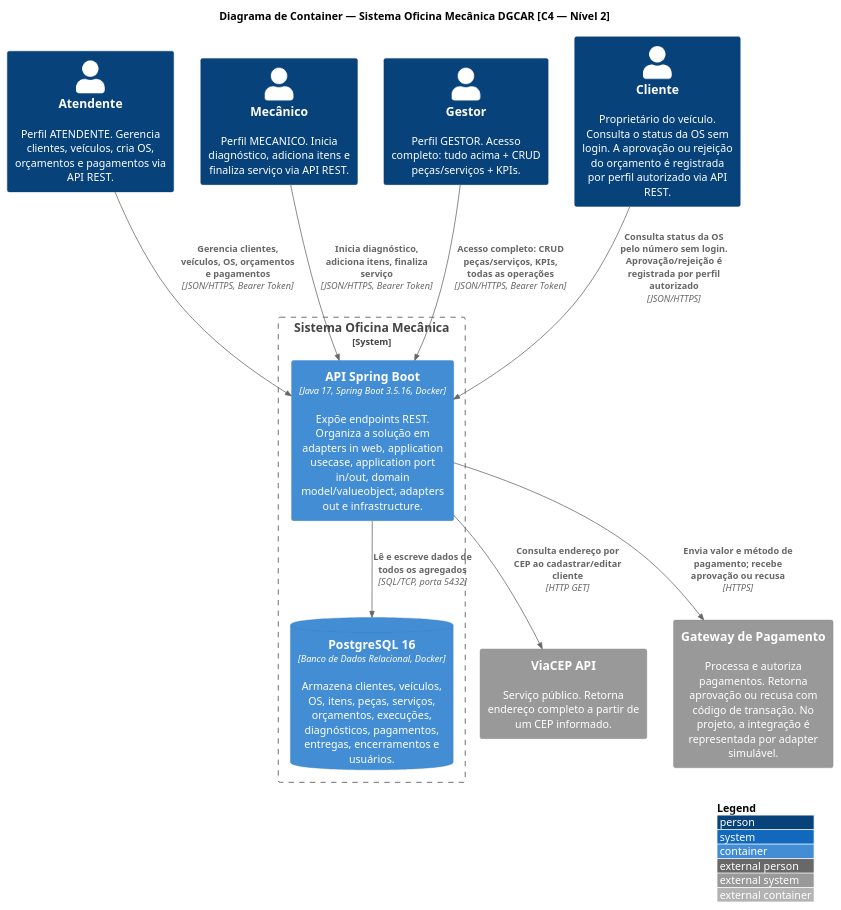
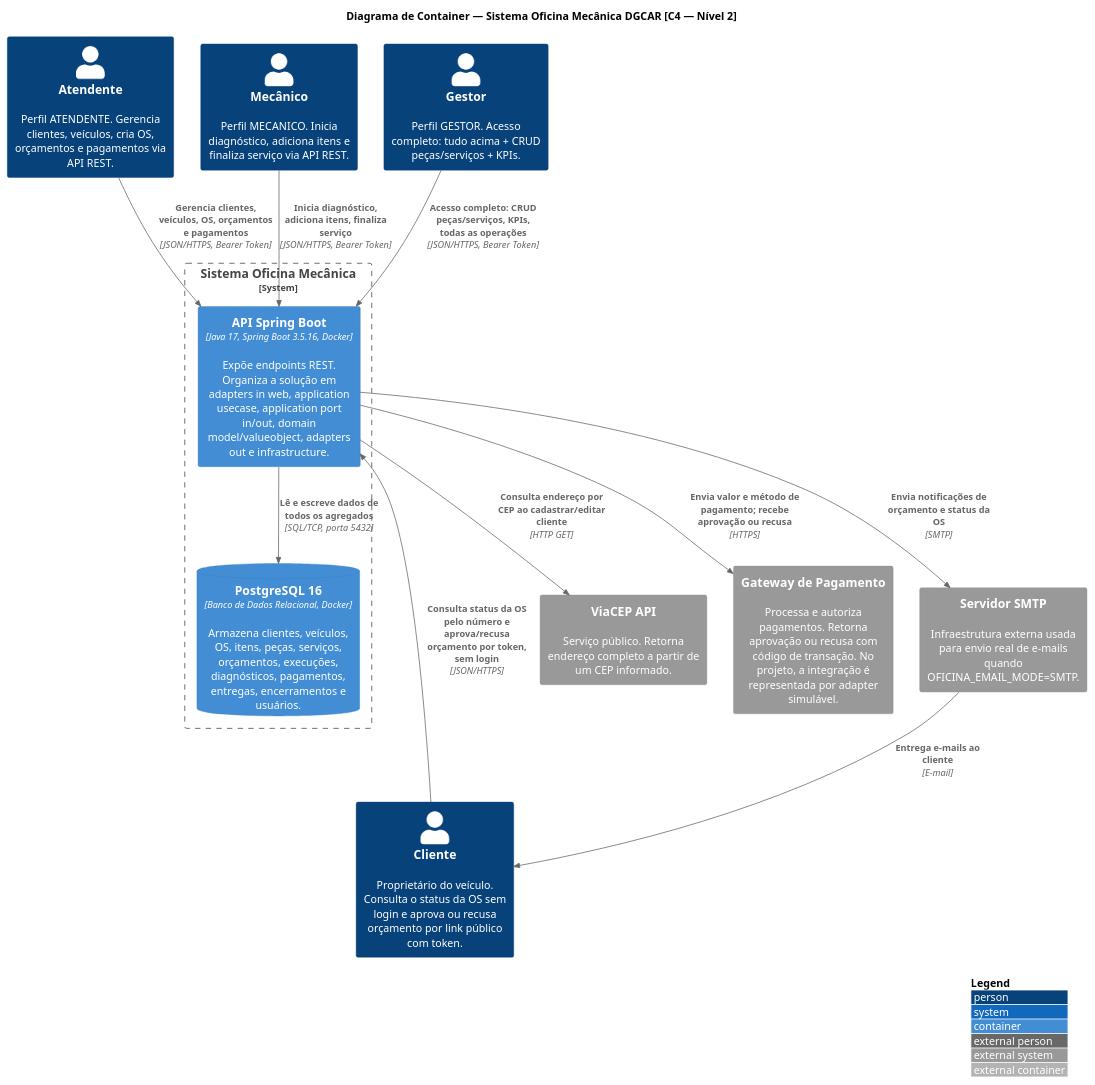
One commit to techdgconsulting/mvp-posfiap-oficina-mecanica changed the diagram in docs/diagramas/C4/2-diagram-container.puml. Above: the diagram before and after it, drawn with PlantUML. The commit also changed 35 other files, not shown here.

```diff
--- a/docs/diagramas/C4/2-diagram-container.puml
+++ b/docs/diagramas/C4/2-diagram-container.puml
@@ -1,44 +1,47 @@
 @startuml C4_Container_OficinaMecanica
 !include <C4/C4_Container>
 
 LAYOUT_TOP_DOWN()
 LAYOUT_WITH_LEGEND()
 
 title Diagrama de Container — Sistema Oficina Mecânica DGCAR [C4 — Nível 2]
 
 ' ─── OBJETIVOS ────────────────────────────────────────────────────────
 'Visão dos principais blocos de construção do sistema (APIs, DB, etc).
 
 ' ─── USO ──────────────────────────────────────────────────────────────
 'Facilita a compreensão de dependências e do fluxo de dados entre os conteineres.
 
 
 ' ─── PESSOAS ──────────────────────────────────────────────────────────────────
 Person(atendente, "Atendente", "Perfil ATENDENTE. Gerencia clientes, veículos, cria OS, orçamentos e pagamentos via API REST.")
 Person(mecanico, "Mecânico", "Perfil MECANICO. Inicia diagnóstico, adiciona itens e finaliza serviço via API REST.")
 Person(gestor, "Gestor", "Perfil GESTOR. Acesso completo: tudo acima + CRUD peças/serviços + KPIs.")
-Person(cliente, "Cliente", "Proprietário do veículo. Consulta o status da OS sem login. A aprovação ou rejeição do orçamento é registrada por perfil autorizado via API REST.")
+Person(cliente, "Cliente", "Proprietário do veículo. Consulta o status da OS sem login e aprova ou recusa orçamento por link público com token.")
 
 ' ─── SISTEMAS EXTERNOS ────────────────────────────────────────────────────────
 System_Ext(viacep, "ViaCEP API", "Serviço público. Retorna endereço completo a partir de um CEP informado.")
 System_Ext(gateway, "Gateway de Pagamento", "Processa e autoriza pagamentos. Retorna aprovação ou recusa com código de transação. No projeto, a integração é representada por adapter simulável.")
+System_Ext(smtpServer, "Servidor SMTP", "Infraestrutura externa usada para envio real de e-mails quando OFICINA_EMAIL_MODE=SMTP.")
 
 ' ─── SISTEMA: OFICINA MECÂNICA ────────────────────────────────────────────────
 System_Boundary(oficina, "Sistema Oficina Mecânica") {
 
     Container(api, "API Spring Boot", "Java 17, Spring Boot 3.5.16, Docker", "Expõe endpoints REST. Organiza a solução em adapters in web, application usecase, application port in/out, domain model/valueobject, adapters out e infrastructure.")
 
     ContainerDb(db, "PostgreSQL 16", "Banco de Dados Relacional, Docker", "Armazena clientes, veículos, OS, itens, peças, serviços, orçamentos, execuções, diagnósticos, pagamentos, entregas, encerramentos e usuários.")
 }
 
 ' ─── RELACIONAMENTOS ──────────────────────────────────────────────────────────
 Rel(atendente, api, "Gerencia clientes, veículos, OS, orçamentos e pagamentos", "JSON/HTTPS, Bearer Token")
 Rel(mecanico, api, "Inicia diagnóstico, adiciona itens, finaliza serviço", "JSON/HTTPS, Bearer Token")
 Rel(gestor, api, "Acesso completo: CRUD peças/serviços, KPIs, todas as operações", "JSON/HTTPS, Bearer Token")
-Rel(cliente, api, "Consulta status da OS pelo número sem login. Aprovação/rejeição é registrada por perfil autorizado", "JSON/HTTPS")
+Rel(cliente, api, "Consulta status da OS pelo número e aprova/recusa orçamento por token, sem login", "JSON/HTTPS")
 
 Rel(api, db, "Lê e escreve dados de todos os agregados", "SQL/TCP, porta 5432")
 Rel(api, viacep, "Consulta endereço por CEP ao cadastrar/editar cliente", "HTTP GET")
 Rel(api, gateway, "Envia valor e método de pagamento; recebe aprovação ou recusa", "HTTPS")
+Rel(api, smtpServer, "Envia notificações de orçamento e status da OS", "SMTP")
+Rel(smtpServer, cliente, "Entrega e-mails ao cliente", "E-mail")
 
 @enduml
```
